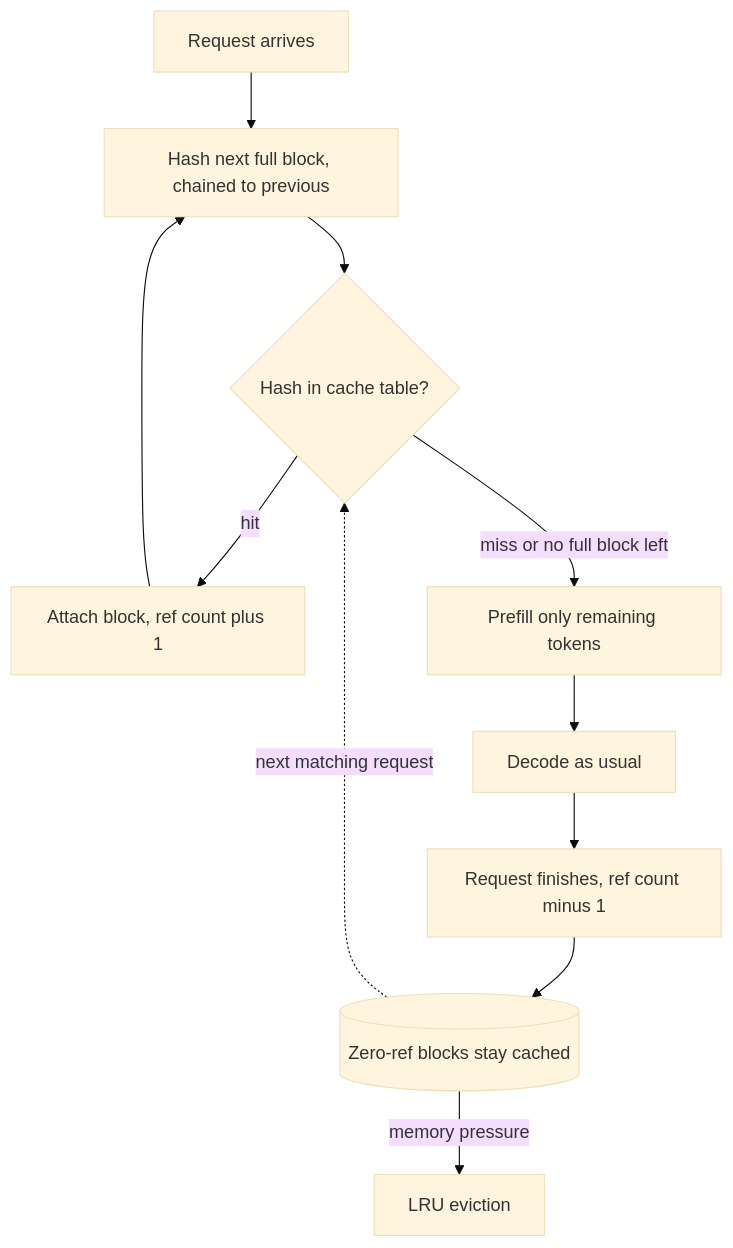
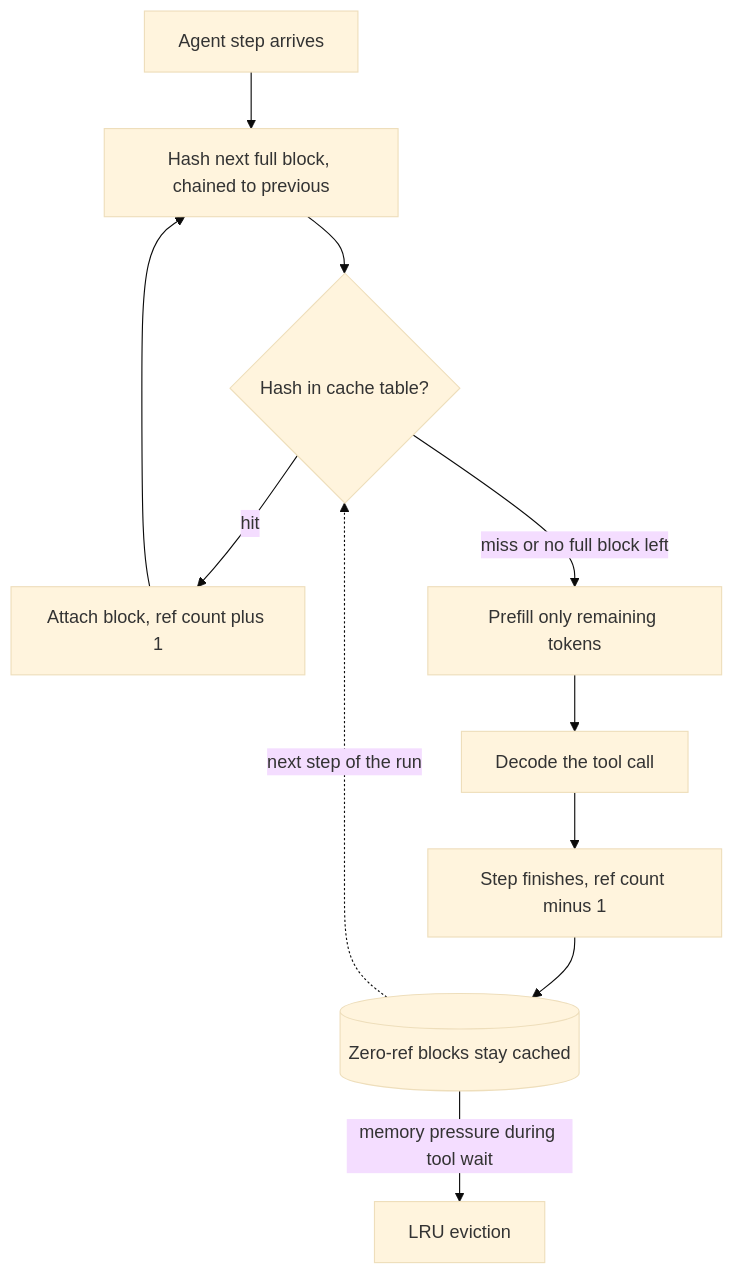
Before and after one commit to lovishmahajan97/agentic-learning: the diagram in content/serving-inference/prefix-caching.md, drawn with Mermaid (base theme). The commit also changed other lines of this file and 485 other files, not shown here.

````diff
--- a/content/serving-inference/prefix-caching.md
+++ b/content/serving-inference/prefix-caching.md
@@ -121,13 +140,13 @@
 ```mermaid
 flowchart TD
-    R["Request arrives"] --> H["Hash next full block, chained to previous"]
+    R["Agent step arrives"] --> H["Hash next full block, chained to previous"]
     H --> L{"Hash in cache table?"}
     L -->|"hit"| A["Attach block, ref count plus 1"]
     A --> H
     L -->|"miss or no full block left"| P["Prefill only remaining tokens"]
-    P --> D["Decode as usual"]
-    D --> F["Request finishes, ref count minus 1"]
+    P --> D["Decode the tool call"]
+    D --> F["Step finishes, ref count minus 1"]
     F --> C[("Zero-ref blocks stay cached")]
-    C -->|"memory pressure"| E["LRU eviction"]
-    C -.->|"next matching request"| L
+    C -->|"memory pressure during tool wait"| E["LRU eviction"]
+    C -.->|"next step of the run"| L
 ```
````
